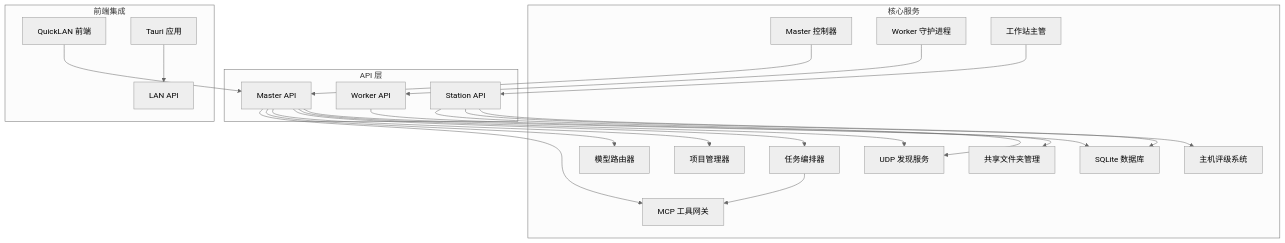
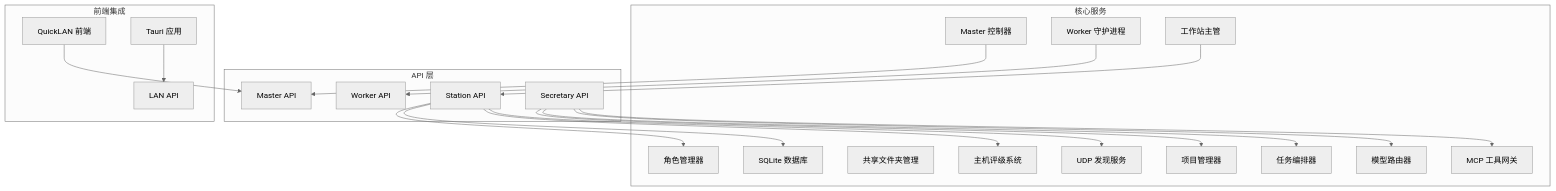
The first of 5 diagrams in .qoder/repowiki/zh/content/Web API 接口/Web API 接口.md (targalian/Personal-distributed-workstation), drawn with Mermaid (neutral theme) before and after one commit. The commit also changed other lines of this file and 69 other files, not shown here.

````diff
--- a/.qoder/repowiki/zh/content/Web API 接口/Web API 接口.md
+++ b/.qoder/repowiki/zh/content/Web API 接口/Web API 接口.md
@@ -56,42 +60,41 @@
 ```mermaid
 graph TB
 subgraph "核心服务"
 Master[Master 控制器]
 Worker[Worker 守护进程]
 Discovery[UDP 发现服务]
 Database[SQLite 数据库]
 SharedFolder[共享文件夹管理]
 ProjectManager[项目管理器]
 ModelRouter[模型路由器]
 Orchestrator[任务编排器]
 MCPGateway[MCP 工具网关]
 StationDirector[工作站主管]
 HostRating[主机评级系统]
+RoleManager[角色管理器]
 end
 subgraph "API 层"
 MasterAPI[Master API]
 WorkerAPI[Worker API]
 StationAPI[Station API]
+SecretaryAPI[Secretary API]
 end
 subgraph "前端集成"
 QuickLAN[QuickLAN 前端]
 TauriApp[Tauri 应用]
 LANAPI[LAN API]
 end
 Master --> MasterAPI
 Worker --> WorkerAPI
 StationDirector --> StationAPI
+StationAPI --> RoleManager
 StationAPI --> Database
 StationAPI --> HostRating
 StationAPI --> Discovery
-MasterAPI --> Database
-WorkerAPI --> SharedFolder
-MasterAPI --> Discovery
-MasterAPI --> Orchestrator
-MasterAPI --> ProjectManager
-MasterAPI --> ModelRouter
-MasterAPI --> MCPGateway
-Orchestrator --> MCPGateway
+SecretaryAPI --> ProjectManager
+SecretaryAPI --> Orchestrator
+SecretaryAPI --> ModelRouter
+SecretaryAPI --> MCPGateway
 QuickLAN --> MasterAPI
 TauriApp --> LANAPI
 ```
````
